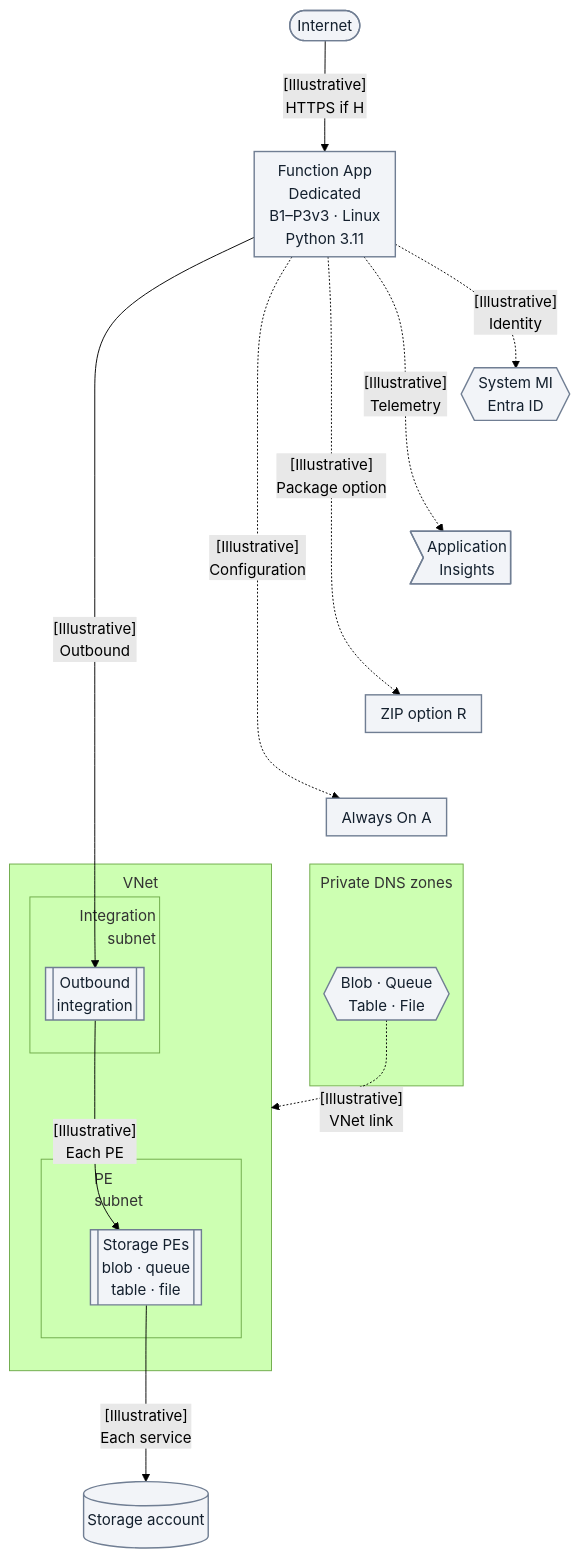
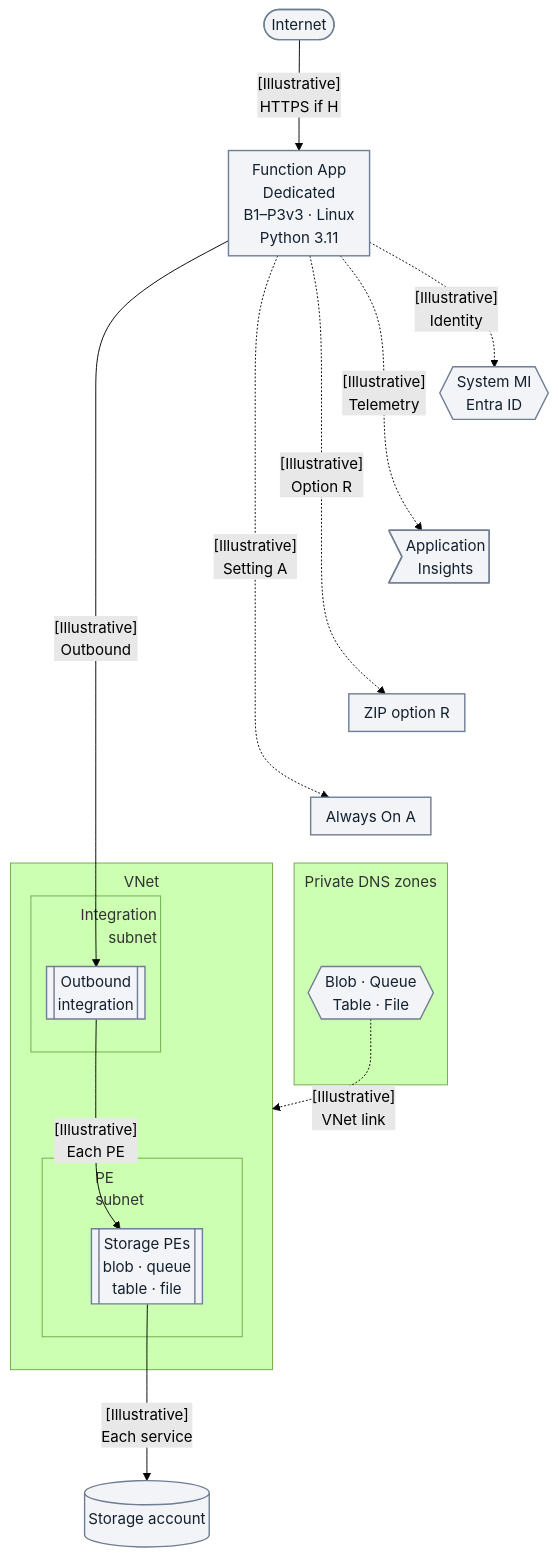
The fifth of 5 diagrams in docs/language-guides/python/tutorial/index.md (yeongseon/azure-functions-practical-guide), drawn with Mermaid (forest theme) before and after one commit. The commit also changed other lines of this file and 1 other file, not shown here.

Commit message:
docs(diagrams): finish narrow Python hosting-plan layouts
Tier Consumption Storage and shorten Dedicated association labels to meet the
mobile text budget; refresh only the five measured migration records.

Refs #371

````diff
--- a/docs/language-guides/python/tutorial/index.md
+++ b/docs/language-guides/python/tutorial/index.md
@@ -333,40 +334,40 @@
 ```mermaid
 %%{init: {'flowchart': {'nodeSpacing': 10, 'rankSpacing': 70, 'padding': 8, 'subGraphTitleMargin': {'top': 8, 'bottom': 32}}}}%%
 flowchart TD
     accTitle: Python 3.11 Linux Dedicated optional private Storage context
     accDescr: Dedicated B1 through P3v3 compute is outside outbound integration. Four endpoint/DNS pairs are expanded in the key. Optional identity, telemetry, package mode and Always On are associations; fixed plan capacity does not by itself prevent app idling. Public HTTPS depends on H.
     client(["Internet"])
     app_runtime["Function App<br/>Dedicated<br/>B1–P3v3 · Linux<br/>Python 3.11"]
     identity{{"System MI<br/>Entra ID"}}
     telemetry>"Application<br/>Insights"]
     RFP["ZIP option R"]
     ALWAYS_ON["Always On A"]
     subgraph DNS["Private DNS zones"]
         dns_fn{{"Blob · Queue<br/>Table · File"}}
     end
     subgraph vnet_fn["VNet"]
         subgraph INT_SUB["<div style='width:130px;text-align:right'>Integration<br/>subnet</div>"]
             vnet_integration[["Outbound<br/>integration"]]
         end
         subgraph PE_SUB["<div style='width:100px;text-align:left'>PE<br/>subnet</div>"]
             pe_storage[["Storage PEs<br/>blob · queue<br/>table · file"]]
         end
     end
     storage_db[("Storage account")]
     client -->|"[Illustrative]<br/>HTTPS if H"| app_runtime
     app_runtime -.->|"[Illustrative]<br/>Identity"| identity
     app_runtime -.->|"[Illustrative]<br/>Telemetry"| telemetry
-    app_runtime -.->|"[Illustrative]<br/>Package option"| RFP
-    app_runtime -.->|"[Illustrative]<br/>Configuration"| ALWAYS_ON
+    app_runtime -.->|"[Illustrative]<br/>Option R"| RFP
+    app_runtime -.->|"[Illustrative]<br/>Setting A"| ALWAYS_ON
     dns_fn -.->|"[Illustrative]<br/>VNet link"| vnet_fn
     app_runtime -->|"[Illustrative]<br/>Outbound"| vnet_integration
     vnet_integration -->|"[Illustrative]<br/>Each PE"| pe_storage
     pe_storage -->|"[Illustrative]<br/>Each service"| storage_db
     %% Layout-only tiers; add no requests or visible arrows.
     identity ~~~ telemetry
     telemetry ~~~ RFP
     RFP ~~~ ALWAYS_ON
     ALWAYS_ON ~~~ dns_fn
     classDef baseNeutral fill:#f2f4f8,stroke:#707e93,stroke-width:1.5px,color:#14202e;
     class client,app_runtime,identity,telemetry,RFP,ALWAYS_ON,dns_fn,vnet_integration,pe_storage,storage_db baseNeutral;
 ```
````
